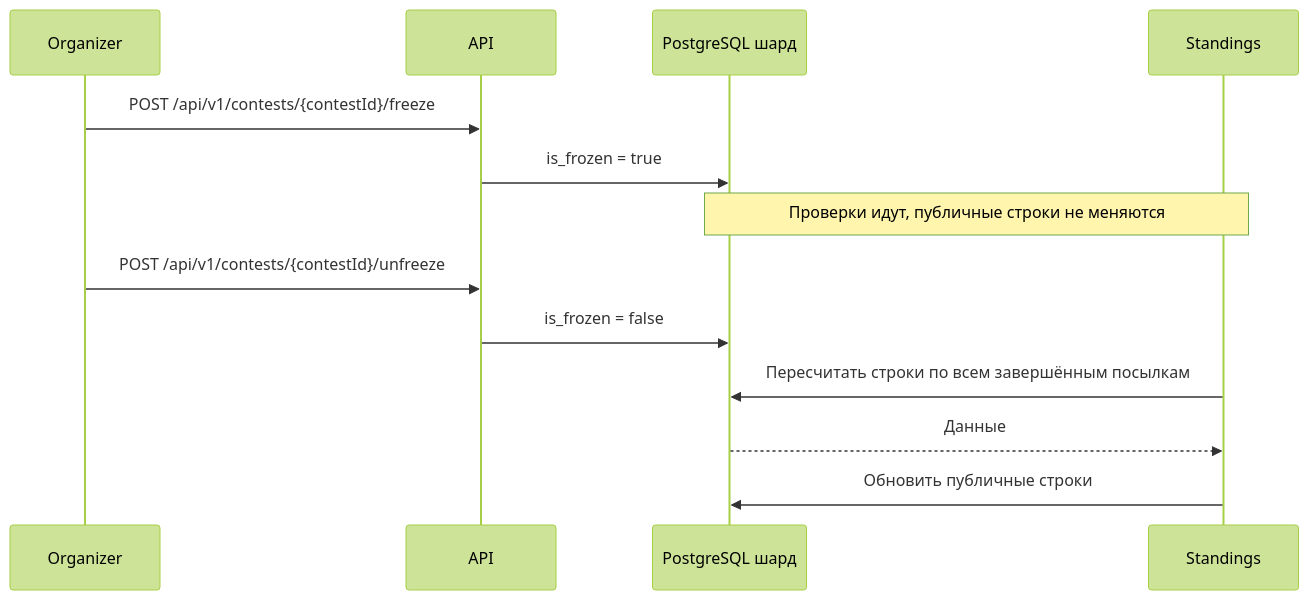
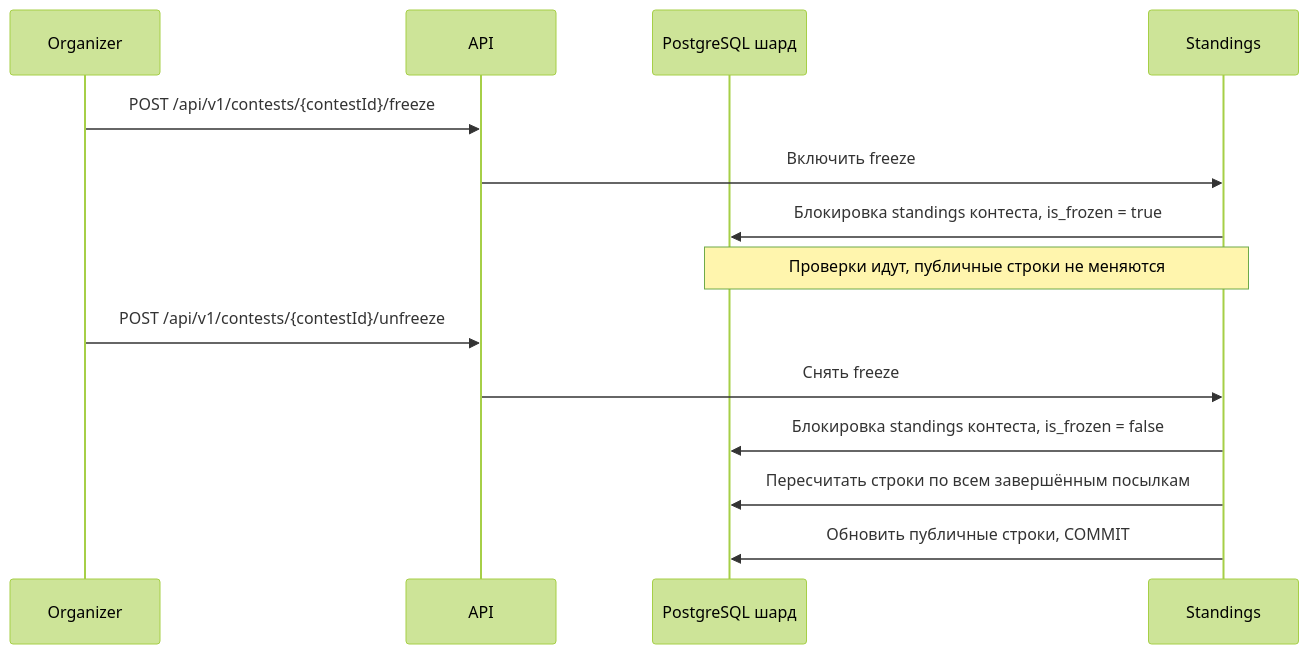
One commit to spbu-ds-practicum-2026/hotfix changed diagram 12 of 12 in docs/tr.md. Above: the diagram before and after it, drawn with Mermaid (forest theme). The commit also changed other lines of this file, not shown here.

````diff
--- a/docs/tr.md
+++ b/docs/tr.md
@@ -651,16 +674,17 @@
 ```mermaid
 sequenceDiagram
   participant Organizer
   participant API
   participant DB as PostgreSQL шард
   participant Standings
 
   Organizer->>API: POST /api/v1/contests/{contestId}/freeze
-  API->>DB: is_frozen = true
+  API->>Standings: Включить freeze
+  Standings->>DB: Блокировка standings контеста, is_frozen = true
   Note over Standings,DB: Проверки идут, публичные строки не меняются
   Organizer->>API: POST /api/v1/contests/{contestId}/unfreeze
-  API->>DB: is_frozen = false
+  API->>Standings: Снять freeze
+  Standings->>DB: Блокировка standings контеста, is_frozen = false
   Standings->>DB: Пересчитать строки по всем завершённым посылкам
-  DB-->>Standings: Данные
-  Standings->>DB: Обновить публичные строки
+  Standings->>DB: Обновить публичные строки, COMMIT
 ```
````
